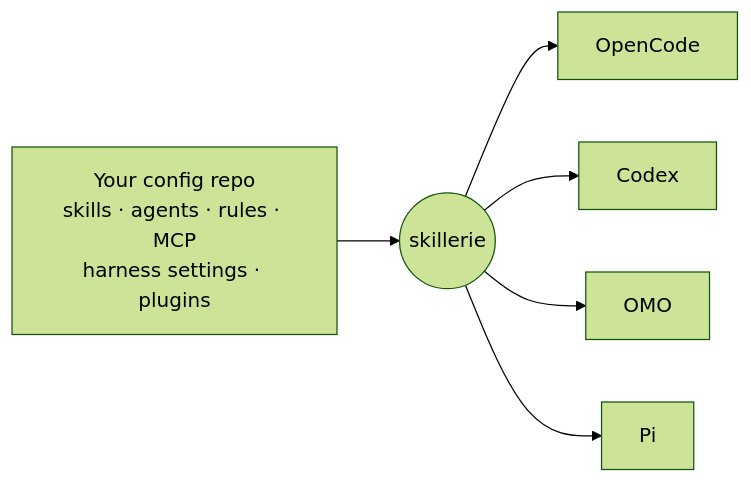
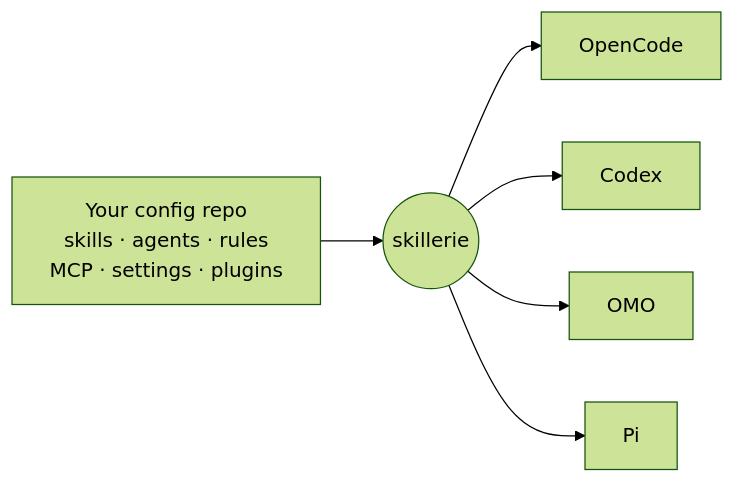
The diagram in README.md (e-n-0/skillerie), drawn with Mermaid (forest theme) before and after one commit.

Commit message:
docs: balance the diagram label

````diff
--- a/README.md
+++ b/README.md
@@ -26,8 +26,8 @@
 ```mermaid
 flowchart LR
-  repo["Your config repo<br/>skills · agents · rules · MCP<br/>harness settings · plugins"] --> skillerie((skillerie))
+  repo["Your config repo<br/>skills · agents · rules<br/>MCP · settings · plugins"] --> skillerie((skillerie))
   skillerie --> OpenCode
   skillerie --> Codex
   skillerie --> OMO
   skillerie --> Pi
 ```
````
